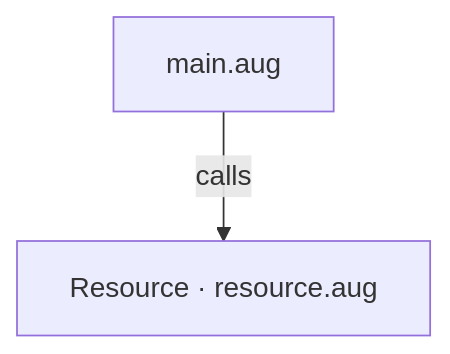
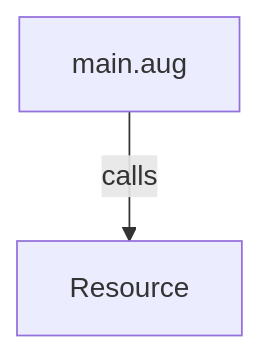
The first of 3 diagrams in docs/examples/drop/main-diagrams.md (GreenPandaStudios/augscript), drawn with Mermaid before and after one commit. The commit also changed other lines of this file and 524 other files, not shown here.

Commit message:
Explain checked data flow at folder and service levels

````diff
--- a/docs/examples/drop/main-diagrams.md
+++ b/docs/examples/drop/main-diagrams.md
@@ -19,6 +19,6 @@
 ```mermaid
 flowchart TD
     n0["main.aug"]
-    n1["Resource · resource.aug"]
+    n1["Resource"]
     n0 -->|"calls"| n1
 ```
````
